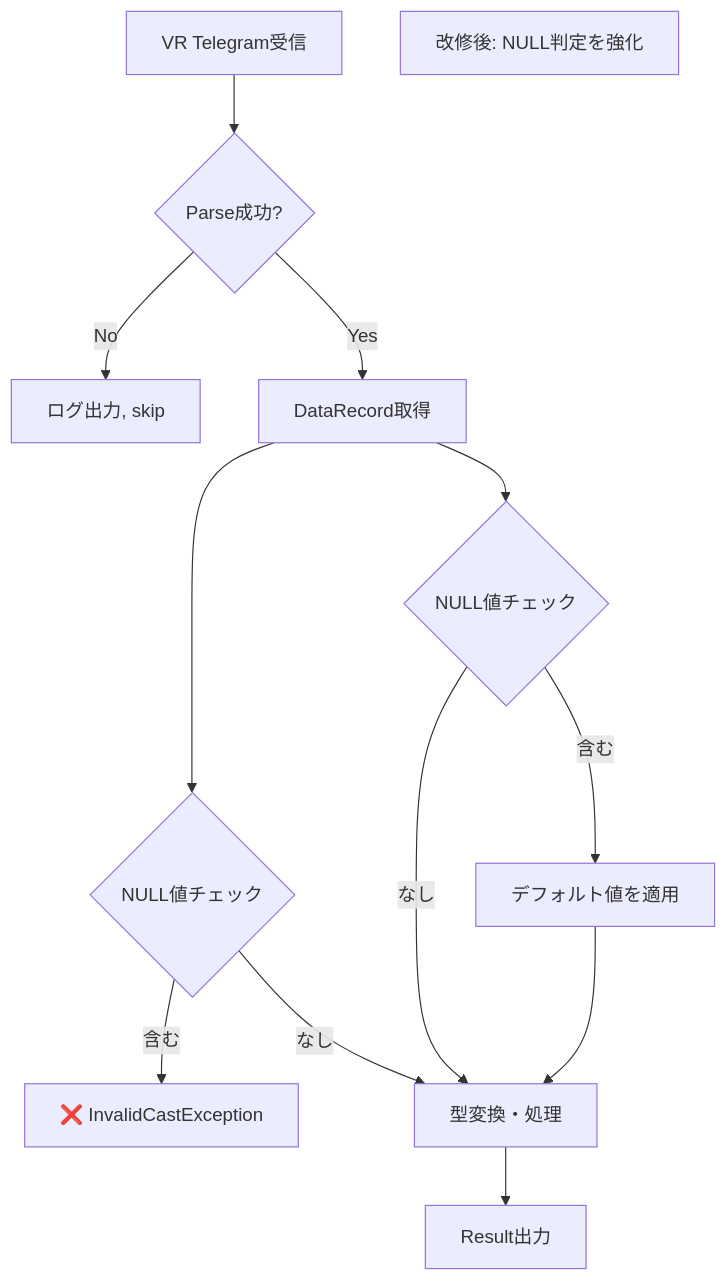
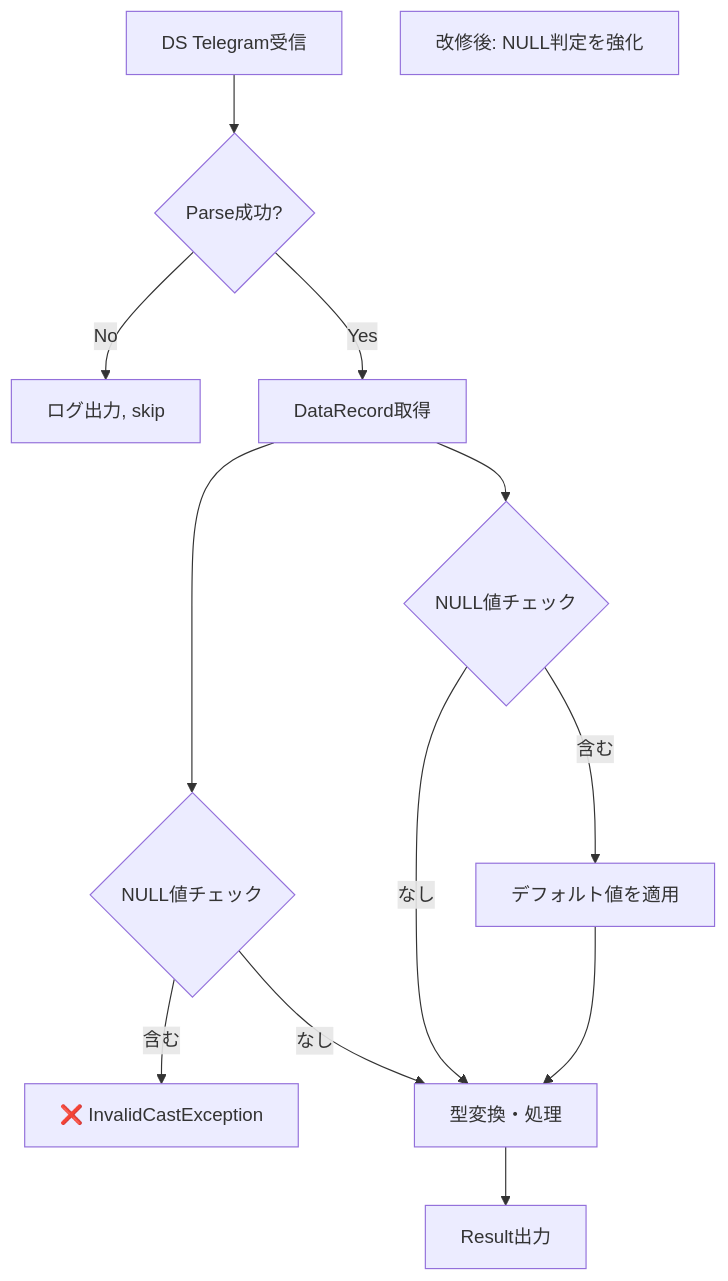
Before and after one commit to duwenji/dev-process-skill-library: the diagram in skills/verification-and-quality/defect-repair-unified/remediation-runbook.md, drawn with Mermaid. The commit also changed other lines of this file and 6 other files, not shown here.

````diff
--- a/skills/verification-and-quality/defect-repair-unified/remediation-runbook.md
+++ b/skills/verification-and-quality/defect-repair-unified/remediation-runbook.md
@@ -207,16 +207,16 @@
 ```mermaid
 flowchart TD
-  A[VR Telegram受信] --> B{Parse成功?}
+  A[DS Telegram受信] --> B{Parse成功?}
   B -->|No| C[ログ出力, skip]
   B -->|Yes| D[DataRecord取得]
   D --> E{NULL値チェック}
   E -->|含む| F[❌ InvalidCastException]
   E -->|なし| G[型変換・処理]
   G --> H[Result出力]
 
   I[改修後: NULL判定を強化]
   D --> J{NULL値チェック}
   J -->|含む| K[デフォルト値を適用]
   J -->|なし| G
   K --> G
 ```
````
